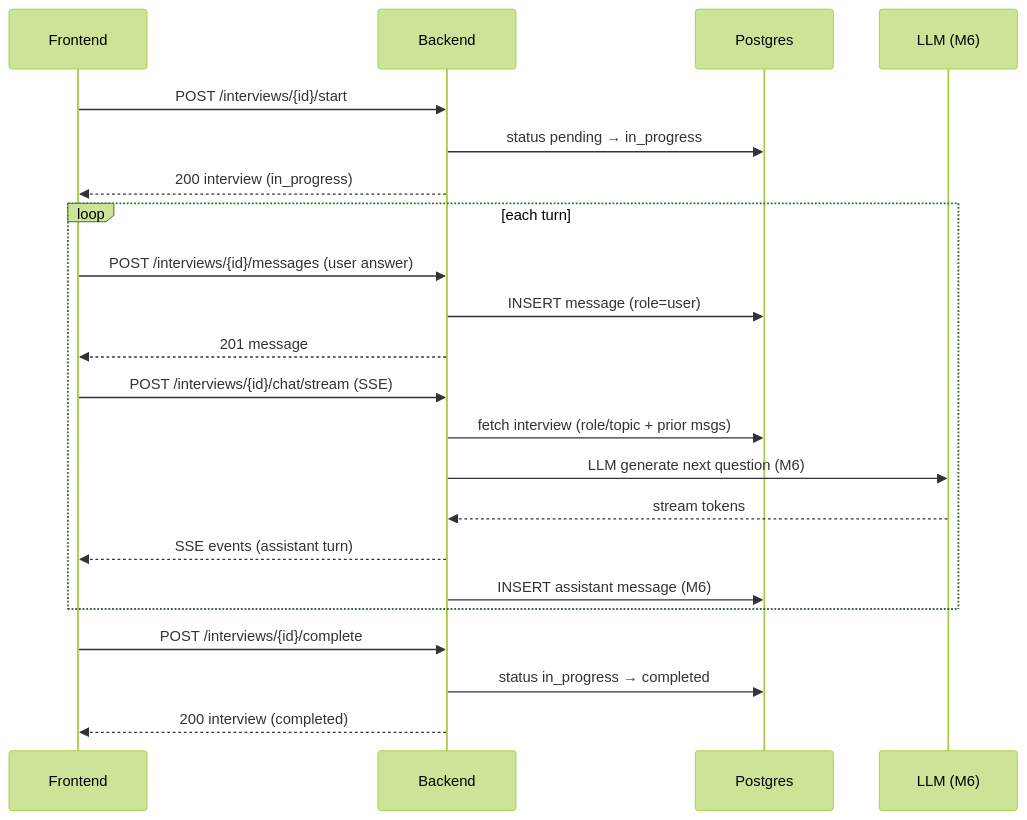
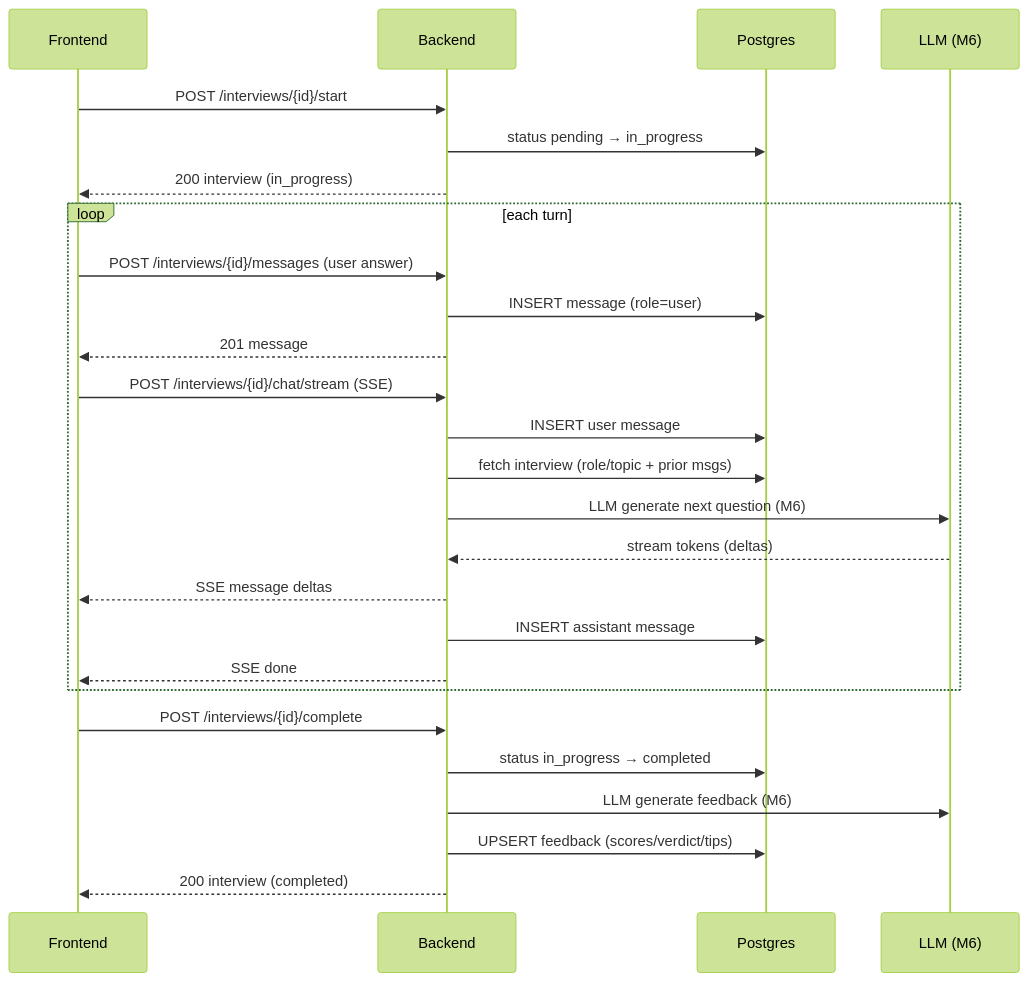
The fourth of 6 diagrams in APPFLOW.md (notseekeru/maxterview_website), drawn with Mermaid (forest theme) before and after one commit. The commit also changed other lines of this file and 1 other file, not shown here.

Commit message:
feat(llm): enhance chat streaming and feedback generation in interview flow

````diff
--- a/APPFLOW.md
+++ b/APPFLOW.md
@@ -102,28 +102,32 @@
 ```mermaid
 sequenceDiagram
     participant F as Frontend
     participant S as Backend
     participant D as Postgres
     participant L as LLM (M6)
 
     F->>S: POST /interviews/{id}/start
     S->>D: status pending → in_progress
     S-->>F: 200 interview (in_progress)
 
     loop each turn
         F->>S: POST /interviews/{id}/messages (user answer)
         S->>D: INSERT message (role=user)
         S-->>F: 201 message
 
         F->>S: POST /interviews/{id}/chat/stream (SSE)
-        S->>D: fetch interview (role/topic + prior msgs)
-        S->>L: LLM generate next question (M6)
-        L-->>S: stream tokens
-        S-->>F: SSE events (assistant turn)
-        S->>D: INSERT assistant message (M6)
-    end
+    S->>D: INSERT user message
+    S->>D: fetch interview (role/topic + prior msgs)
+    S->>L: LLM generate next question (M6)
+    L-->>S: stream tokens (deltas)
+    S-->>F: SSE message deltas
+    S->>D: INSERT assistant message
+    S-->>F: SSE done
+end
 
     F->>S: POST /interviews/{id}/complete
     S->>D: status in_progress → completed
+    S->>L: LLM generate feedback (M6)
+    S->>D: UPSERT feedback (scores/verdict/tips)
     S-->>F: 200 interview (completed)
 ```
````
